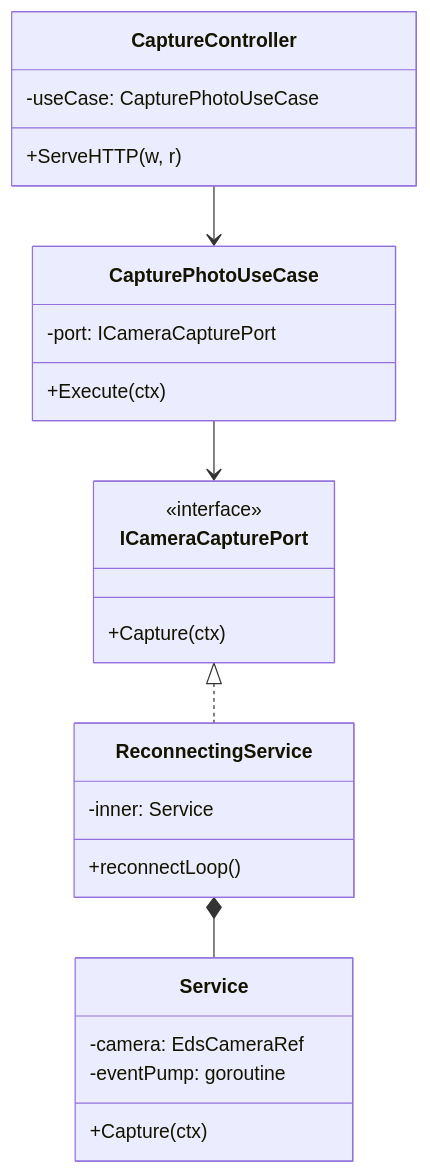
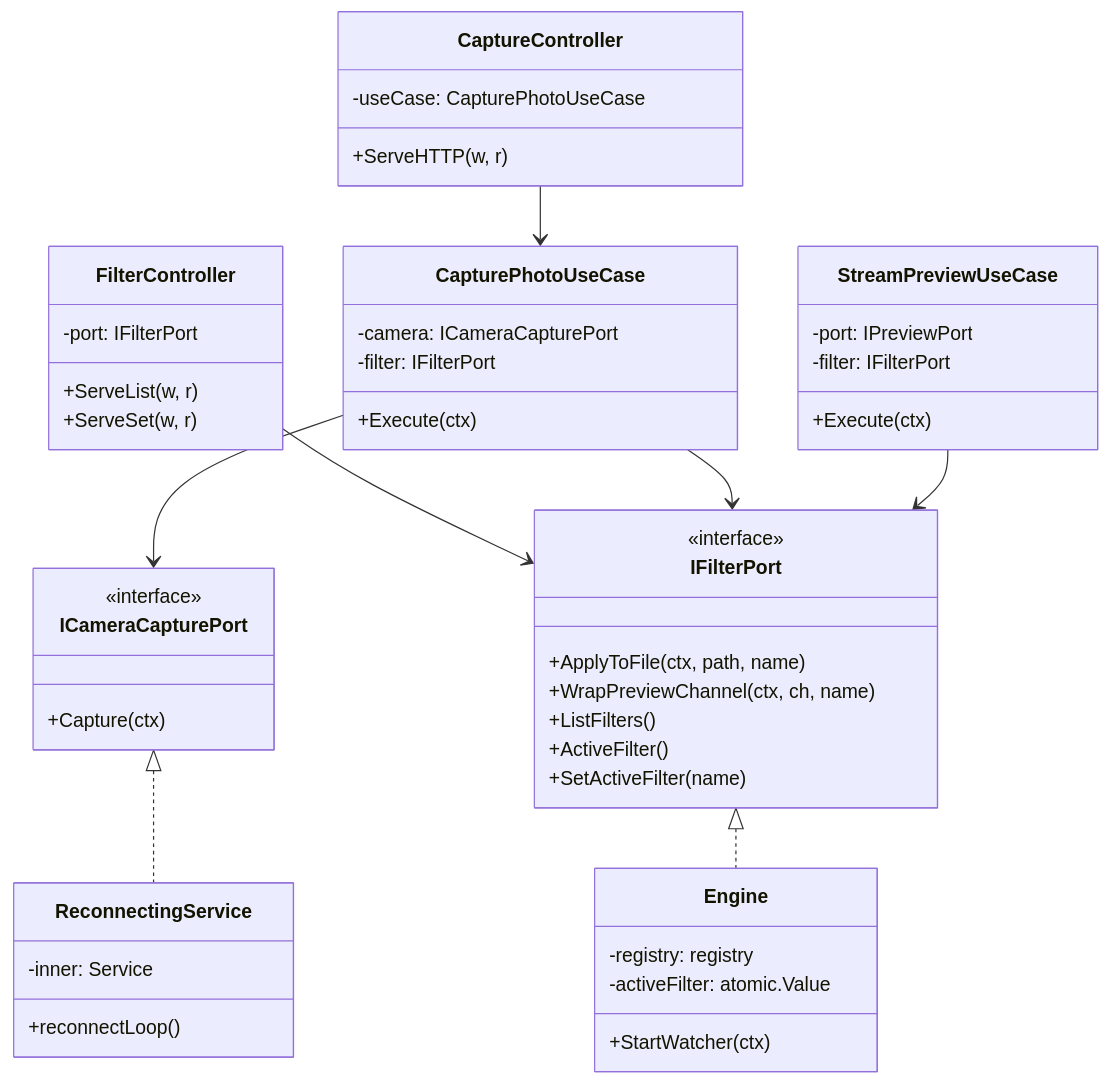
The second of 7 diagrams in ARCHITECTURE.md (AndreaLlerena2003/photoboot-picstop), drawn with Mermaid before and after one commit. The commit also changed other lines of this file and 17 other files, not shown here.

````diff
--- a/ARCHITECTURE.md
+++ b/ARCHITECTURE.md
@@ -48,29 +52,51 @@
 ```mermaid
 classDiagram
     class CaptureController {
         -useCase: CapturePhotoUseCase
         +ServeHTTP(w, r)
     }
+    class FilterController {
+        -port: IFilterPort
+        +ServeList(w, r)
+        +ServeSet(w, r)
+    }
     class CapturePhotoUseCase {
-        -port: ICameraCapturePort
+        -camera: ICameraCapturePort
+        -filter: IFilterPort
+        +Execute(ctx)
+    }
+    class StreamPreviewUseCase {
+        -port: IPreviewPort
+        -filter: IFilterPort
         +Execute(ctx)
     }
     class ICameraCapturePort {
         <<interface>>
         +Capture(ctx)
     }
+    class IFilterPort {
+        <<interface>>
+        +ApplyToFile(ctx, path, name)
+        +WrapPreviewChannel(ctx, ch, name)
+        +ListFilters()
+        +ActiveFilter()
+        +SetActiveFilter(name)
+    }
     class ReconnectingService {
         -inner: Service
         +reconnectLoop()
     }
-    class Service {
-        -camera: EdsCameraRef
-        -eventPump: goroutine
-        +Capture(ctx)
+    class Engine {
+        -registry: registry
+        -activeFilter: atomic.Value
+        +StartWatcher(ctx)
     }
 
     CaptureController --> CapturePhotoUseCase
+    FilterController --> IFilterPort
     CapturePhotoUseCase --> ICameraCapturePort
+    CapturePhotoUseCase --> IFilterPort
+    StreamPreviewUseCase --> IFilterPort
     ICameraCapturePort <|.. ReconnectingService
-    ReconnectingService *-- Service
+    IFilterPort <|.. Engine
 ```
````
